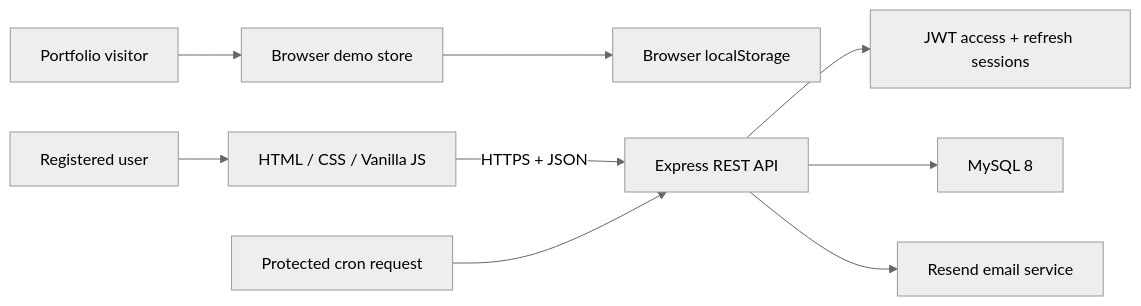
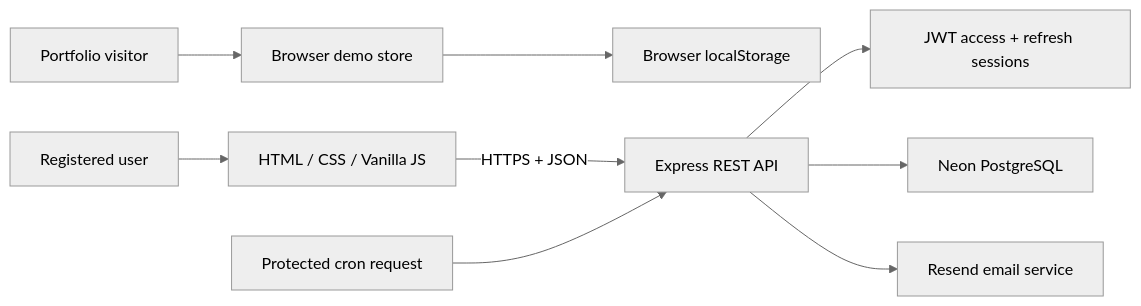
Before and after one commit to panagiotiseleftheriadis/CaReMind: the diagram in README.md, drawn with Mermaid (neutral theme). The commit also changed other lines of this file and 19 other files, not shown here.

````diff
--- a/README.md
+++ b/README.md
@@ -30,12 +30,12 @@
 ```mermaid
 flowchart LR
   Visitor["Portfolio visitor"] --> Demo["Browser demo store"]
   Demo --> LocalStorage["Browser localStorage"]
 
   User["Registered user"] --> Frontend["HTML / CSS / Vanilla JS"]
   Frontend -->|"HTTPS + JSON"| API["Express REST API"]
   API --> Auth["JWT access + refresh sessions"]
-  API --> MySQL["MySQL 8"]
+  API --> Neon["Neon PostgreSQL"]
   API --> Resend["Resend email service"]
   Scheduler["Protected cron request"] --> API
 ```
````
